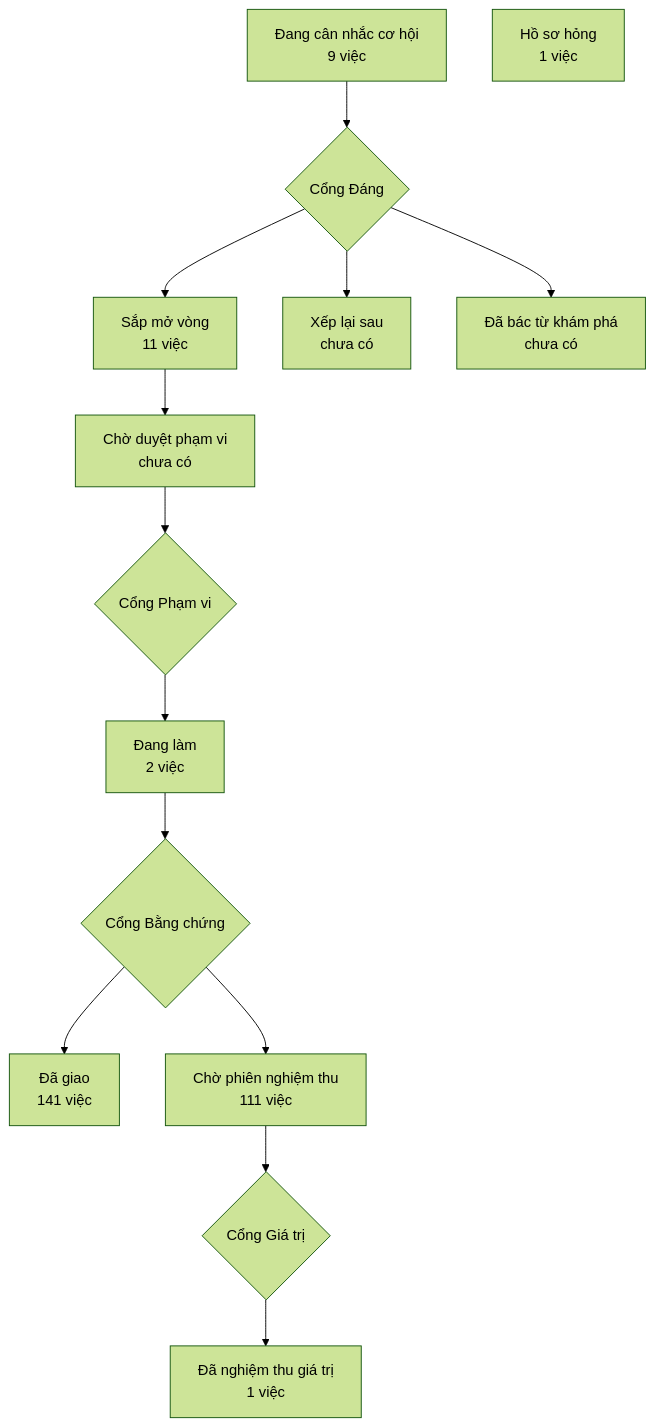
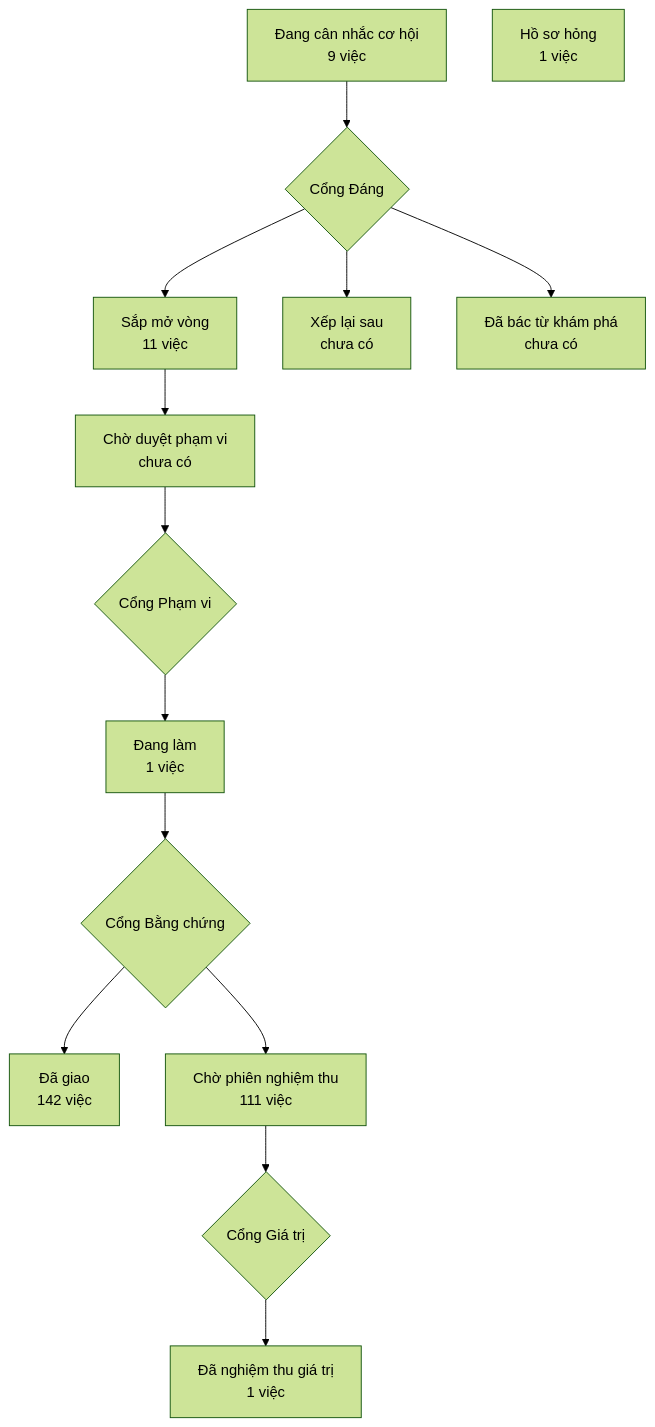
Before and after one commit to phanlemanh/crm-onehub: the diagram in PRODUCT-MAP.md, drawn with Mermaid (forest theme). The commit also changed other lines of this file and 5 other files, not shown here.

Commit message:
chore: bằng chứng S4 của tran-cho-app-rieng — PASS, máy thông

````diff
--- a/PRODUCT-MAP.md
+++ b/PRODUCT-MAP.md
@@ -7,13 +7,13 @@
 ```mermaid
 flowchart TD
   A["Đang cân nhắc cơ hội<br/>9 việc"] --> GD{"Cổng Đáng"}
   GD --> B["Sắp mở vòng<br/>11 việc"]
   GD --> XL["Xếp lại sau<br/>chưa có"]
   GD --> DB["Đã bác từ khám phá<br/>chưa có"]
   B --> CD["Chờ duyệt phạm vi<br/>chưa có"] --> GP{"Cổng Phạm vi"}
-  GP --> DL["Đang làm<br/>2 việc"] --> GB{"Cổng Bằng chứng"}
-  GB --> DG["Đã giao<br/>141 việc"]
+  GP --> DL["Đang làm<br/>1 việc"] --> GB{"Cổng Bằng chứng"}
+  GB --> DG["Đã giao<br/>142 việc"]
   GB --> CN["Chờ phiên nghiệm thu<br/>111 việc"] --> GG{"Cổng Giá trị"}
   GG --> NT["Đã nghiệm thu giá trị<br/>1 việc"]
   HS["Hồ sơ hỏng<br/>1 việc"]
 ```
````
